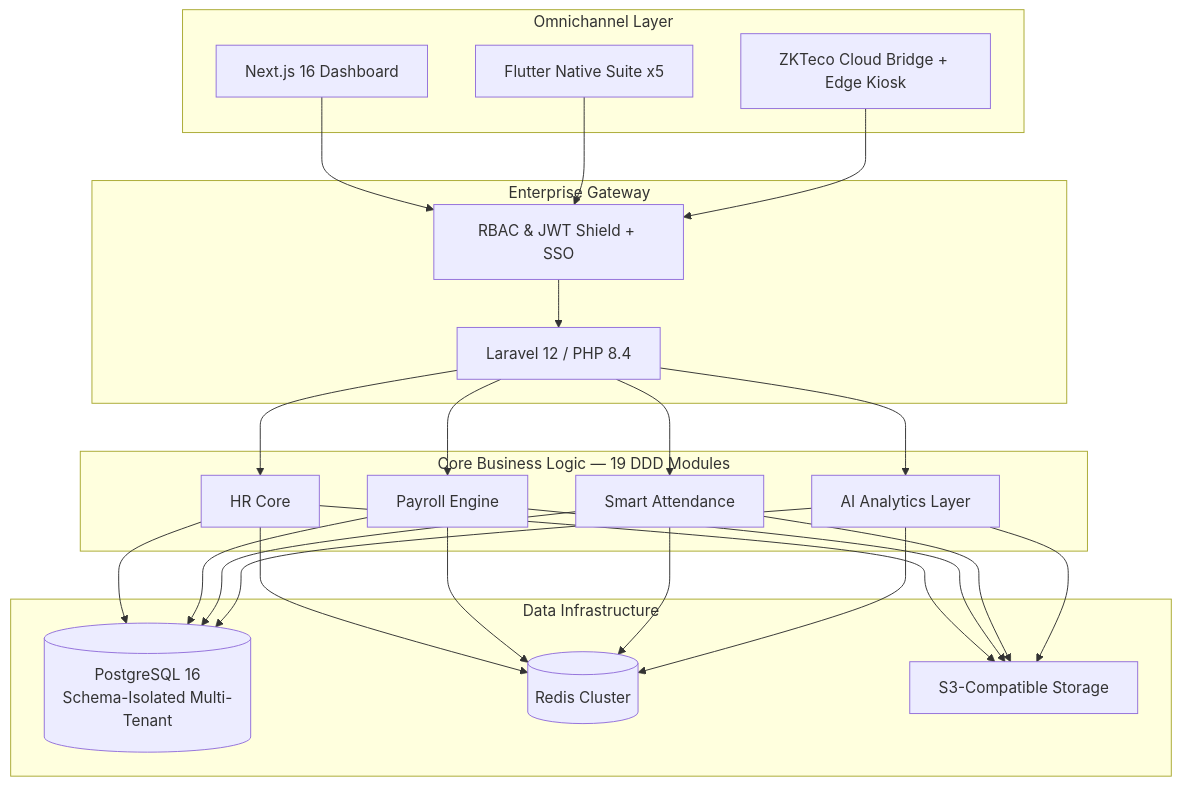
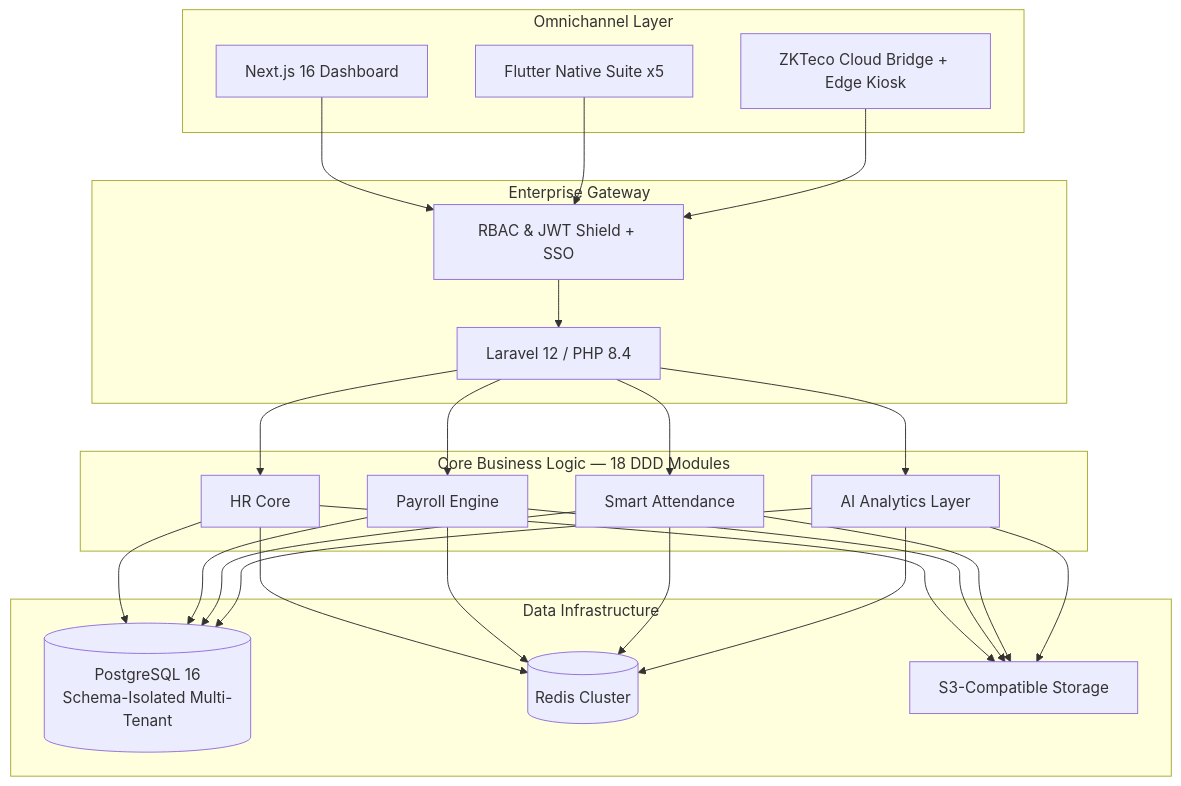
One commit to kitokoh/leopardo-hr changed the diagram in README.md. Above: the diagram before and after it, drawn with Mermaid. The commit also changed other lines of this file and 24 other files, not shown here.

````diff
--- a/README.md
+++ b/README.md
@@ -69,31 +69,31 @@
 ```mermaid
 graph TB
     subgraph "Omnichannel Layer"
         Web[Next.js 16 Dashboard]
         Mobile[Flutter Native Suite x5]
         Kiosk[ZKTeco Cloud Bridge + Edge Kiosk]
     end
 
     subgraph "Enterprise Gateway"
         API[Laravel 12 / PHP 8.4]
         Sec[RBAC & JWT Shield + SSO]
     end
 
-    subgraph "Core Business Logic — 19 DDD Modules"
+    subgraph "Core Business Logic — 18 DDD Modules"
         HRM[HR Core]
         PAY[Payroll Engine]
         ATT[Smart Attendance]
         AI[AI Analytics Layer]
     end
 
     subgraph "Data Infrastructure"
         DB[(PostgreSQL 16<br/>Schema-Isolated Multi-Tenant)]
         Cache[(Redis Cluster)]
         Store[S3-Compatible Storage]
     end
 
     Web & Mobile & Kiosk --> Sec
     Sec --> API
     API --> HRM & PAY & ATT & AI
     HRM & PAY & ATT & AI --> DB & Cache & Store
 ```
````
